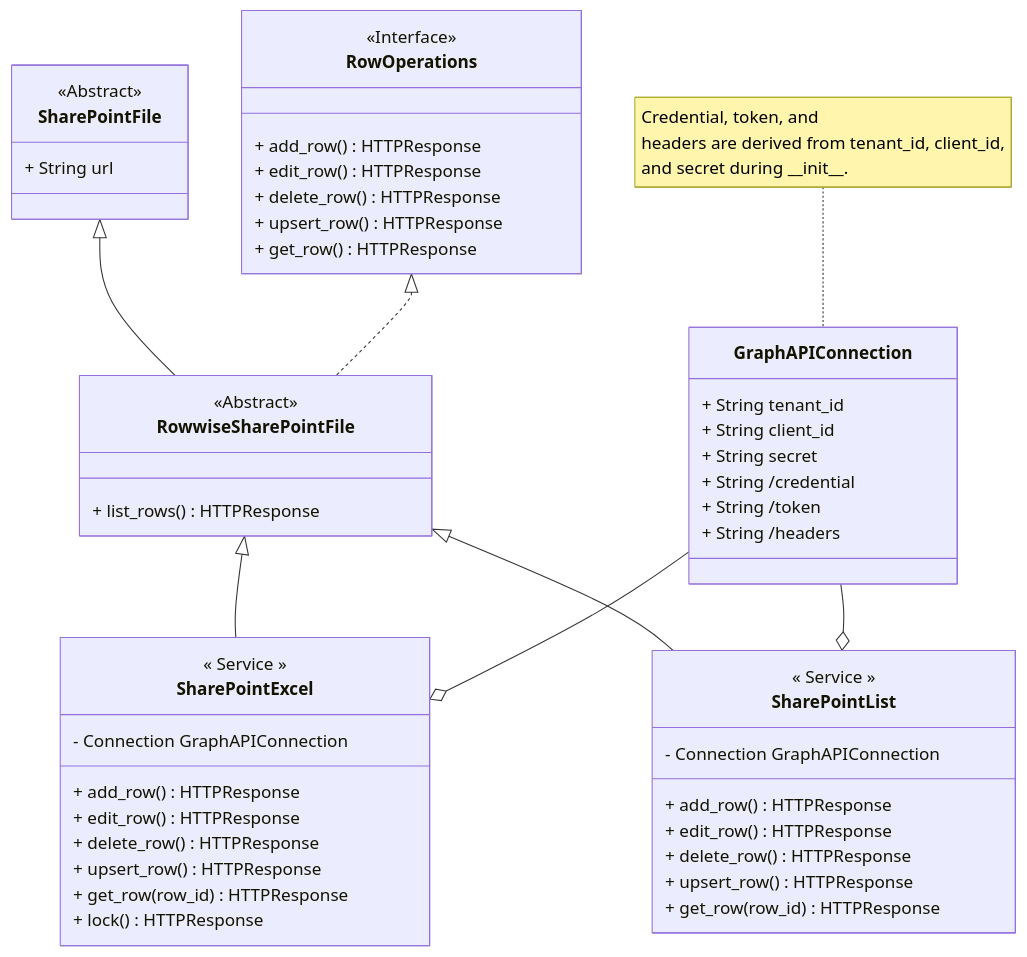
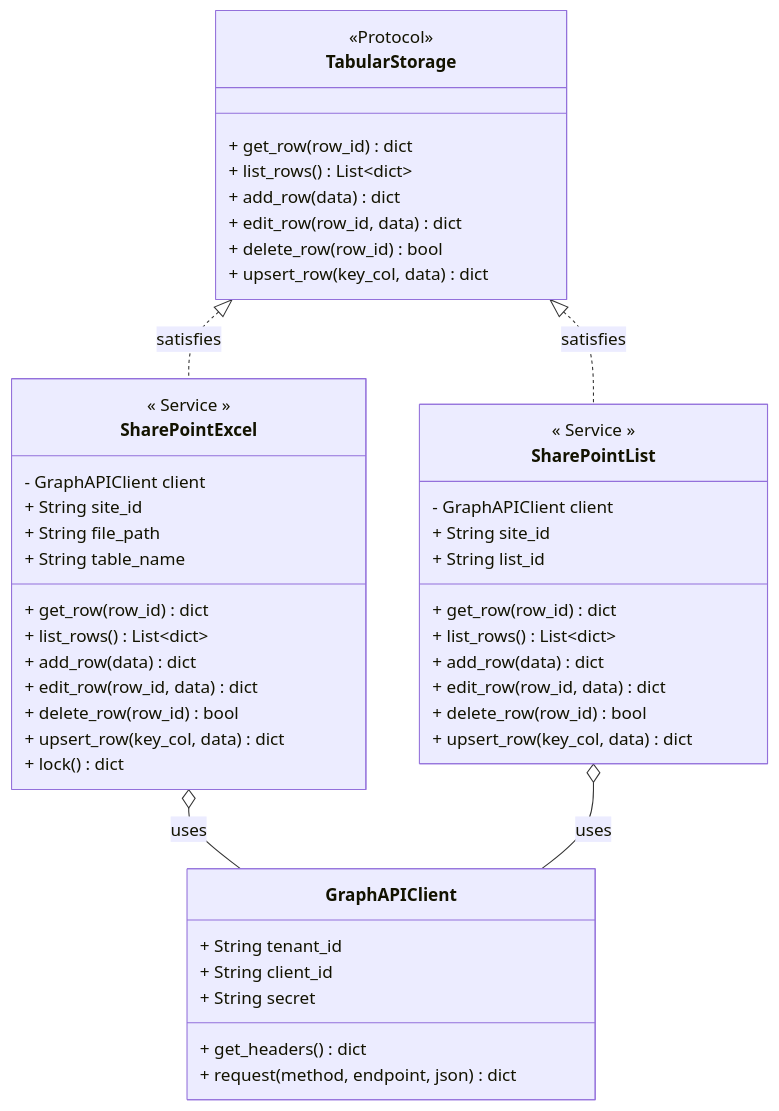
Before and after one commit to CityOfPhiladelphia/espy: the diagram in diagrams/SharePointList.md, drawn with Mermaid.

Commit message:
Updated class diagram with more composition

````diff
--- a/diagrams/SharePointList.md
+++ b/diagrams/SharePointList.md
@@ -5,72 +5,58 @@
 ```mermaid
 
 classDiagram
-    class GraphAPIConnection {
+
+    class GraphAPIClient {
         + String tenant_id
         + String client_id
         + String secret
-        + String /credential
-        + String /token
-        + String /headers
-    }
-    note for GraphAPIConnection "Credential, token, and
-    headers are derived from tenant_id, client_id, 
-    and secret during \_\_init\_\_."
-
-    class SharePointFile {
-        <<Abstract>>
-        + String url
+        + get_headers() dict
+        + request(method, endpoint, json) dict
     }
 
-    class RowwiseSharePointFile {
-        <<Abstract>>
-        + list_rows() HTTPResponse
+    class TabularStorage {
+        <<Protocol>>
+        + get_row(row_id) dict
+        + list_rows() List~dict~
+        + add_row(data) dict
+        + edit_row(row_id, data) dict
+        + delete_row(row_id) bool
+        + upsert_row(key_col, data) dict
     }
 
-    class RowOperations {
-        <<Interface>>
-        + add_row() HTTPResponse
-        + edit_row() HTTPResponse
-        + delete_row() HTTPResponse
-        + upsert_row() HTTPResponse
-        + get_row() HTTPResponse
+        class SharePointExcel {
+        << Service >>
+        - GraphAPIClient client
+        + String site_id
+        + String file_path
+        + String table_name
+        + get_row(row_id) dict
+        + list_rows() List~dict~
+        + add_row(data) dict
+        + edit_row(row_id, data) dict
+        + delete_row(row_id) bool
+        + upsert_row(key_col, data) dict
+        + lock() dict
     }
-
-
-    class SharePointExcel {
-        << Service >>
-        - Connection GraphAPIConnection
-        + add_row() HTTPResponse
-        + edit_row() HTTPResponse
-        + delete_row() HTTPResponse
-        + upsert_row() HTTPResponse
-        + get_row(row_id) HTTPResponse
-        + lock() HTTPResponse
-    }
-
-
 
     class SharePointList {
         << Service >>
-        - Connection GraphAPIConnection
-        + add_row() HTTPResponse
-        + edit_row() HTTPResponse
-        + delete_row() HTTPResponse
-        + upsert_row() HTTPResponse
-        + get_row(row_id) HTTPResponse
-        }
-    
-    %% RowwiseSharePointFile inherits SharePointFile
-    %% RowwiseSharePointFile implements RowOperations
-    SharePointFile <|-- RowwiseSharePointFile
-    RowOperations <|.. RowwiseSharePointFile
-
+        - GraphAPIClient client
+        + String site_id
+        + String list_id
+        + get_row(row_id) dict
+        + list_rows() List~dict~
+        + add_row(data) dict
+        + edit_row(row_id, data) dict
+        + delete_row(row_id) bool
+        + upsert_row(key_col, data) dict
+    }
 
     %% Excel and List objects implement methods
-    RowwiseSharePointFile <|-- SharePointExcel
-    RowwiseSharePointFile <|-- SharePointList
+    TabularStorage <|.. SharePointExcel : satisfies
+    TabularStorage <|.. SharePointList : satisfies
 
     %% Excel and List objects have a GraphAPIConnection
-    GraphAPIConnection --o SharePointExcel
-    GraphAPIConnection --o SharePointList
+    SharePointExcel o-- GraphAPIClient : uses
+    SharePointList o-- GraphAPIClient : uses
 ```
````
